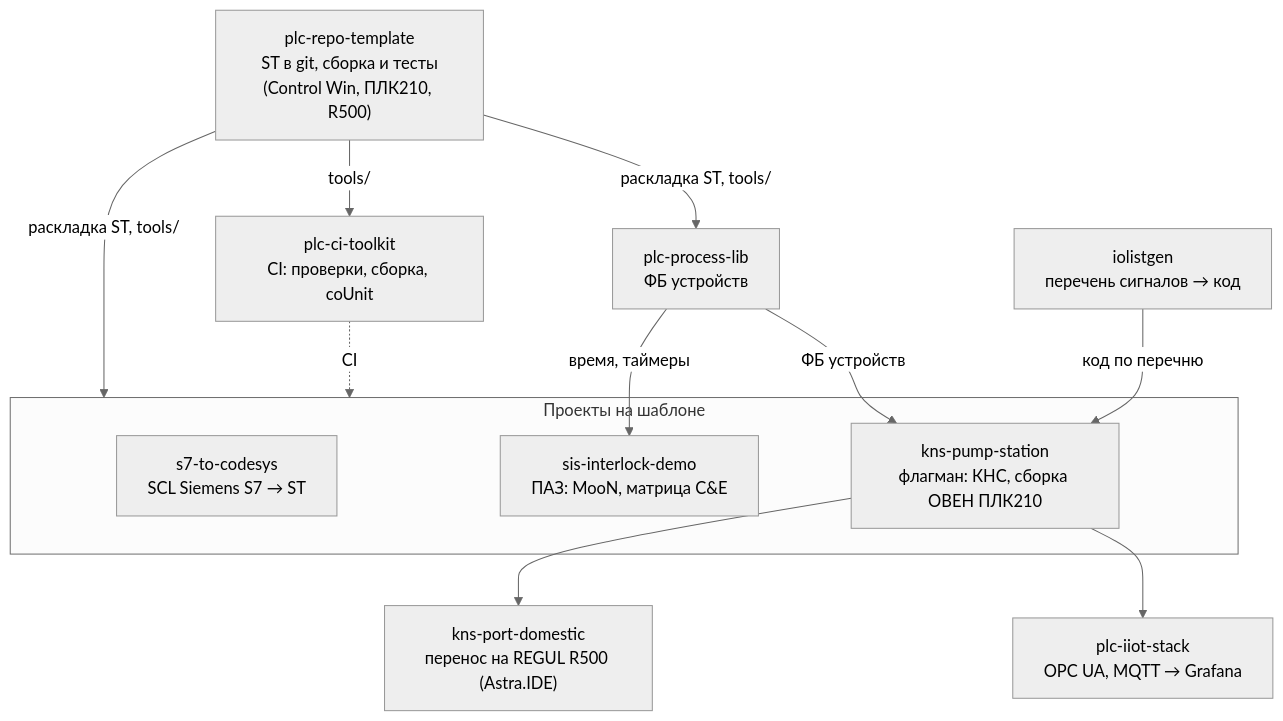
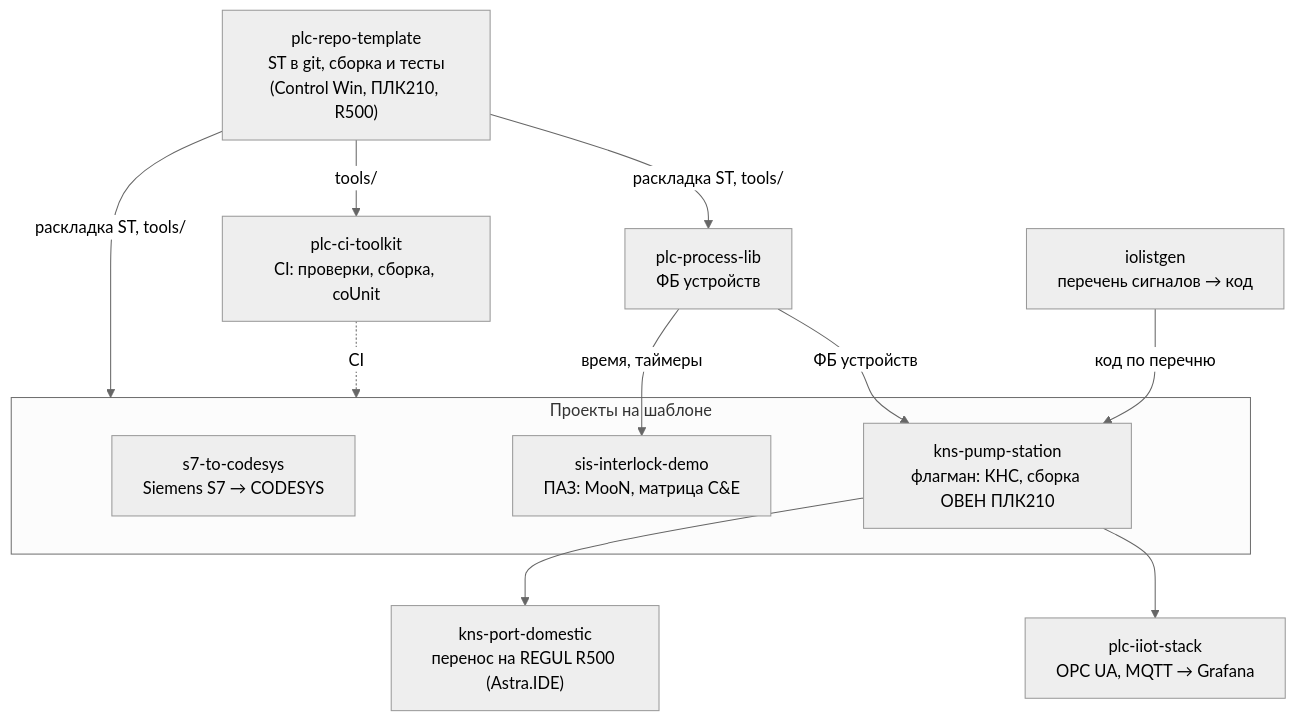
One commit to kr0nsch/kr0nsch changed the diagram in README.md. Above: the diagram before and after it, drawn with Mermaid (neutral theme). The commit also changed other lines of this file, not shown here.

Commit message:
docs: s7-to-codesys 1.2.0 — все языки S7

````diff
--- a/README.md
+++ b/README.md
@@ -76,27 +76,27 @@
 ```mermaid
 flowchart TB
     tpl["plc-repo-template<br/>ST в git, сборка и тесты<br/>(Control Win, ПЛК210, R500)"]
     ci["plc-ci-toolkit<br/>CI: проверки, сборка, coUnit"]
     lib["plc-process-lib<br/>ФБ устройств"]
     io["iolistgen<br/>перечень сигналов → код"]
 
     subgraph apps["Проекты на шаблоне"]
-        s7["s7-to-codesys<br/>SCL Siemens S7 → ST"]
+        s7["s7-to-codesys<br/>Siemens S7 → CODESYS"]
         sis["sis-interlock-demo<br/>ПАЗ: MooN, матрица C&E"]
         kns["kns-pump-station<br/>флагман: КНС, сборка ОВЕН ПЛК210"]
     end
 
     port["kns-port-domestic<br/>перенос на REGUL R500 (Astra.IDE)"]
     iiot["plc-iiot-stack<br/>OPC UA, MQTT → Grafana"]
 
     tpl -- "tools/" --> ci
     tpl -- "раскладка ST, tools/" --> lib
     tpl -- "раскладка ST, tools/" --> apps
     ci -.->|"CI"| apps
     lib -- "время, таймеры" --> sis
     lib -- "ФБ устройств" --> kns
     io -- "код по перечню" --> kns
     kns --> port
     kns --> iiot
 
 ```
````
